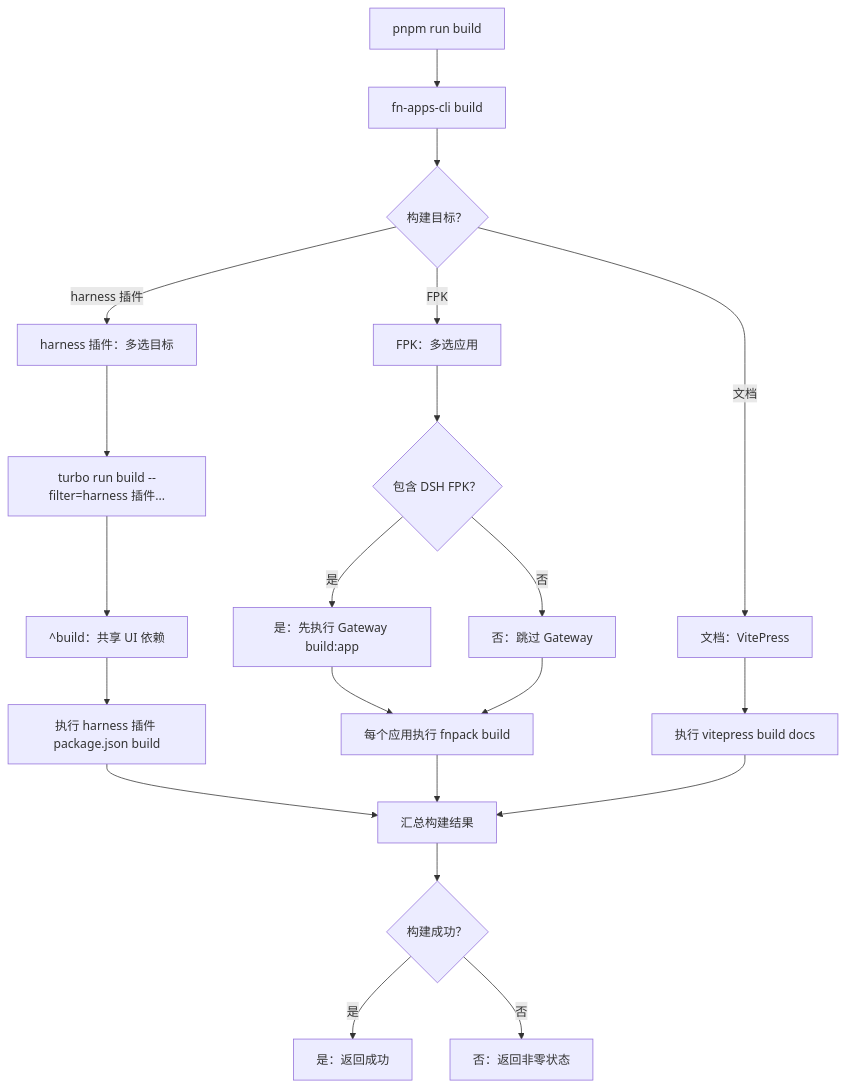
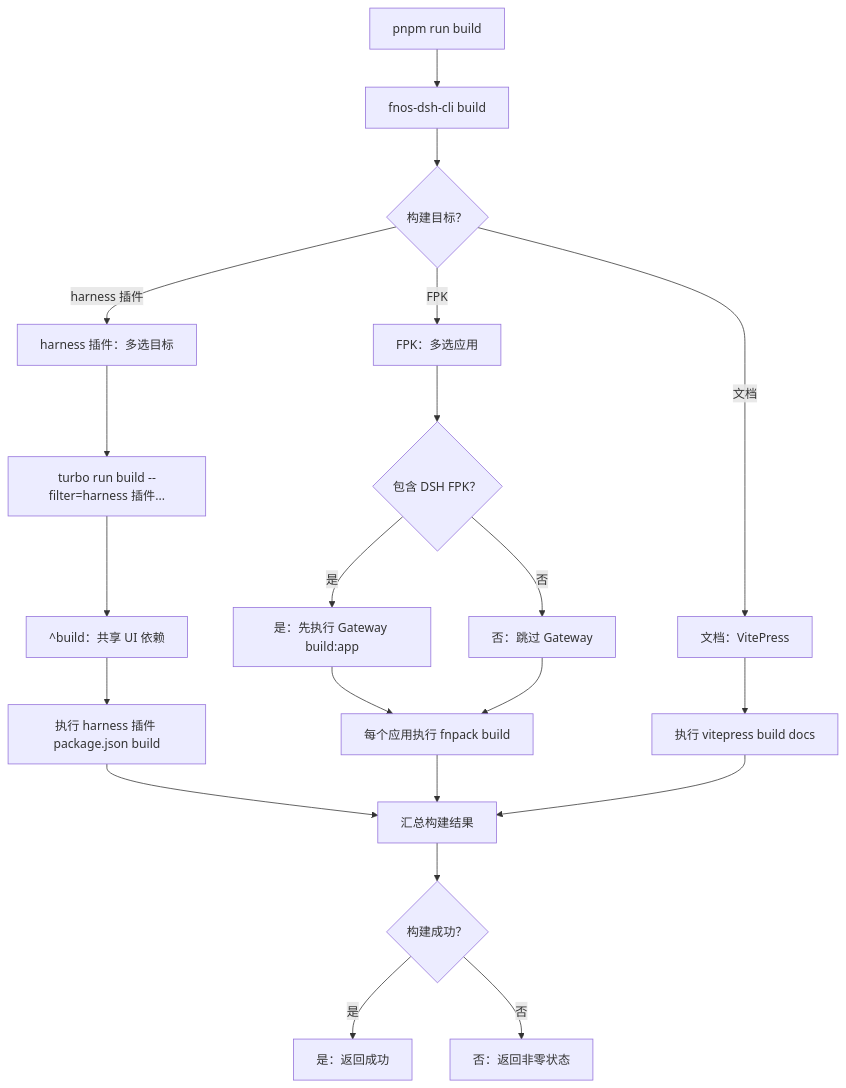
The second of 9 diagrams in docs/development/turbo-tasks.md (FNOSP/fnos-dsh), drawn with Mermaid before and after one commit. The commit also changed other lines of this file and 50 other files, not shown here.

````diff
--- a/docs/development/turbo-tasks.md
+++ b/docs/development/turbo-tasks.md
@@ -79,37 +79,37 @@
 ```mermaid
 flowchart TD
   command["pnpm run build"]
-  cli["fn-apps-cli build"]
+  cli["fnos-dsh-cli build"]
   select{"构建目标？"}
   plugins["harness 插件：多选目标"]
   fpk["FPK：多选应用"]
   docs["文档：VitePress"]
   pluginFilter["turbo run build --filter=harness 插件..."]
   pluginDeps["^build：共享 UI 依赖"]
   pluginRun["执行 harness 插件 package.json build"]
   fpkStatus{"包含 DSH FPK？"}
   gateway["是：先执行 Gateway build:app"]
   fpkSkip["否：跳过 Gateway"]
   fpkRun["每个应用执行 fnpack build"]
   docsRun["执行 vitepress build docs"]
   summary["汇总构建结果"]
   status{"构建成功？"}
   result["是：返回成功"]
   fail["否：返回非零状态"]
 
   command --> cli --> select
   select -->|harness 插件| plugins
   select -->|FPK| fpk
   select -->|文档| docs
   plugins --> pluginFilter --> pluginDeps --> pluginRun --> summary
   fpk --> fpkStatus
   fpkStatus -->|是| gateway
   fpkStatus -->|否| fpkSkip
   gateway --> fpkRun
   fpkSkip --> fpkRun
   fpkRun --> summary
   docs --> docsRun --> summary
   summary --> status
   status -->|是| result
   status -->|否| fail
 ```
````
